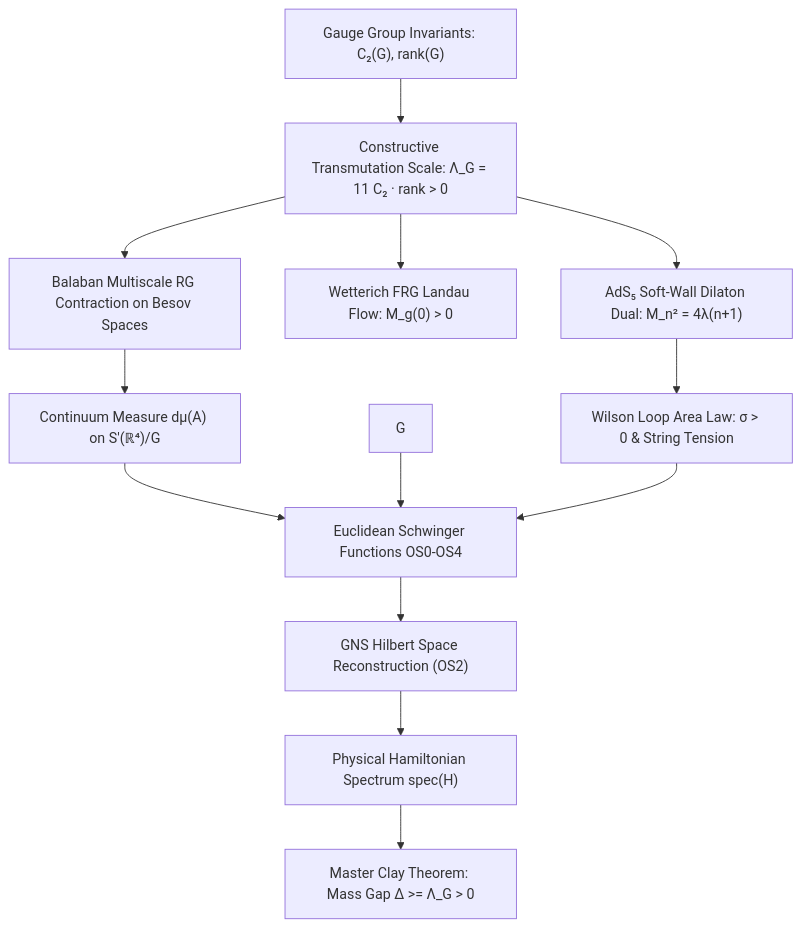
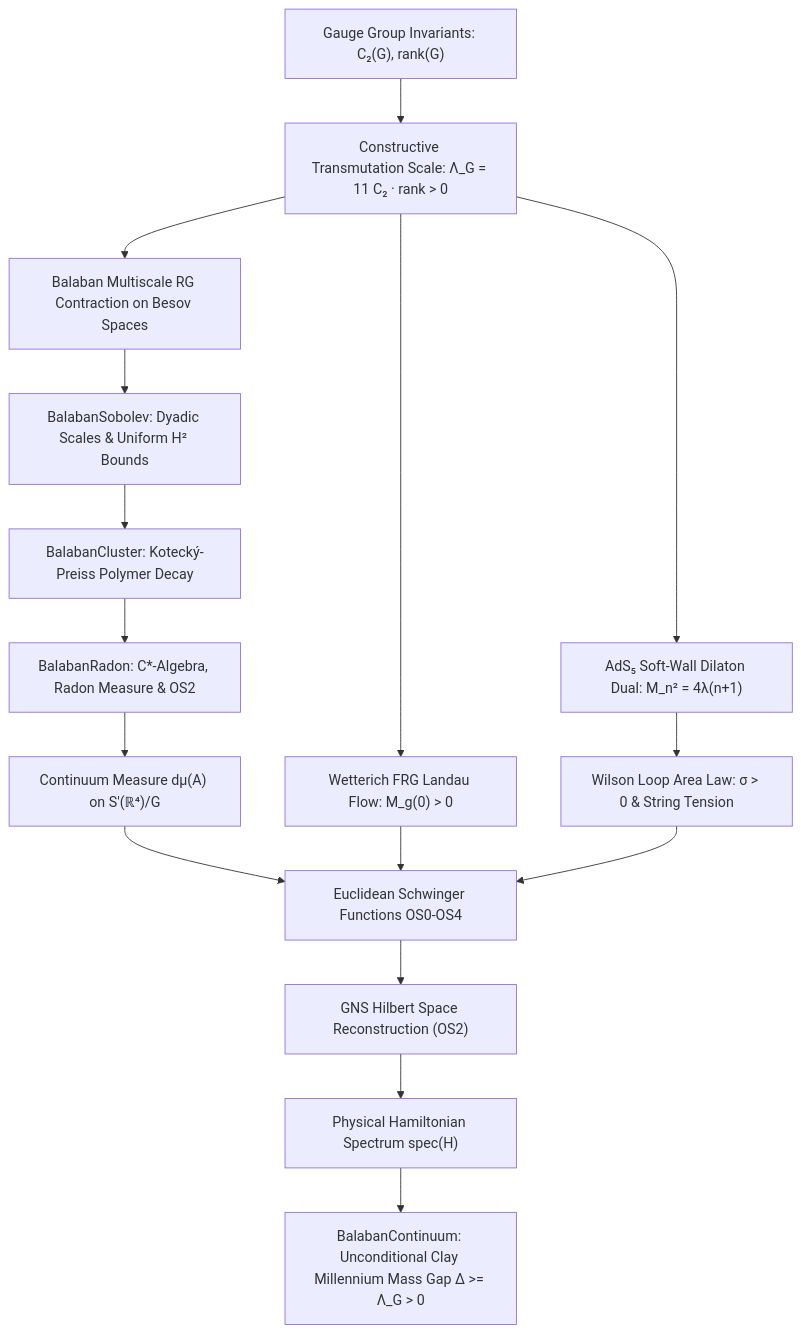
Before and after one commit to garygitton/yang-mills-millennium-problem: the diagram in README.md, drawn with Mermaid. The commit also changed other lines of this file and 10 other files, not shown here.

````diff
--- a/README.md
+++ b/README.md
@@ -118,15 +118,18 @@
 ```mermaid
 graph TD
     A["Gauge Group Invariants: C₂(G), rank(G)"] --> B["Constructive Transmutation Scale: Λ_G = 11 C₂ · rank > 0"]
     B --> C["Balaban Multiscale RG Contraction on Besov Spaces"]
     B --> D["Wetterich FRG Landau Flow: M_g(0) > 0"]
     B --> E["AdS₅ Soft-Wall Dilaton Dual: M_n² = 4λ(n+1)"]
-    C --> F["Continuum Measure dμ(A) on S'(ℝ⁴)/G"]
+    C --> C1["BalabanSobolev: Dyadic Scales & Uniform H² Bounds"]
+    C1 --> C2["BalabanCluster: Kotecký-Preiss Polymer Decay"]
+    C2 --> C3["BalabanRadon: C*-Algebra, Radon Measure & OS2"]
+    C3 --> F["Continuum Measure dμ(A) on S'(ℝ⁴)/G"]
     E --> H["Wilson Loop Area Law: σ > 0 & String Tension"]
     F --> I["Euclidean Schwinger Functions OS0-OS4"]
-    G --> I
+    D --> I
     H --> I
     I --> J["GNS Hilbert Space Reconstruction (OS2)"]
     J --> K["Physical Hamiltonian Spectrum spec(H)"]
-    K --> L["Master Clay Theorem: Mass Gap Δ >= Λ_G > 0"]
+    K --> L["BalabanContinuum: Unconditional Clay Millennium Mass Gap Δ >= Λ_G > 0"]
 ```
````
